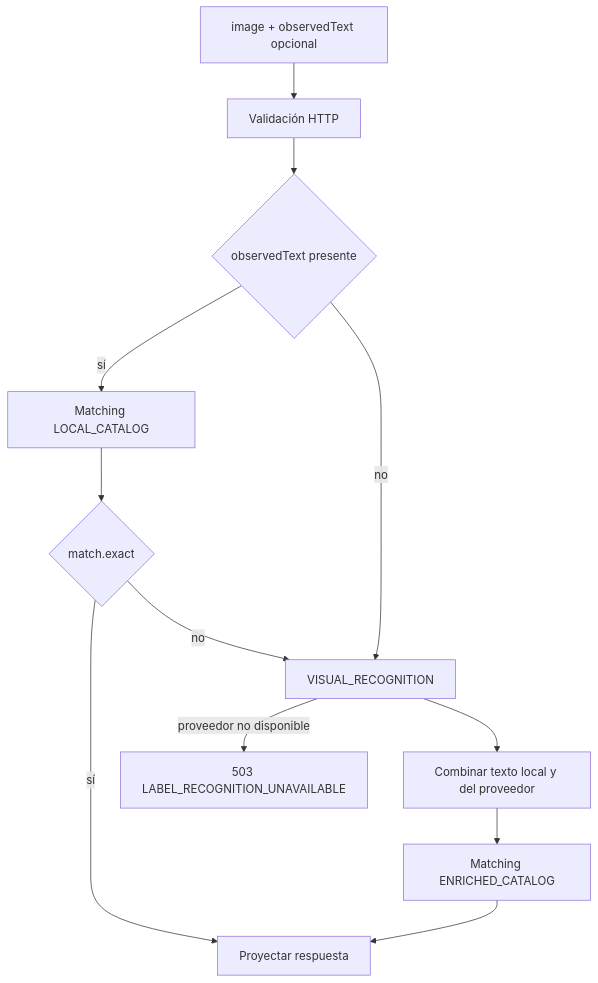
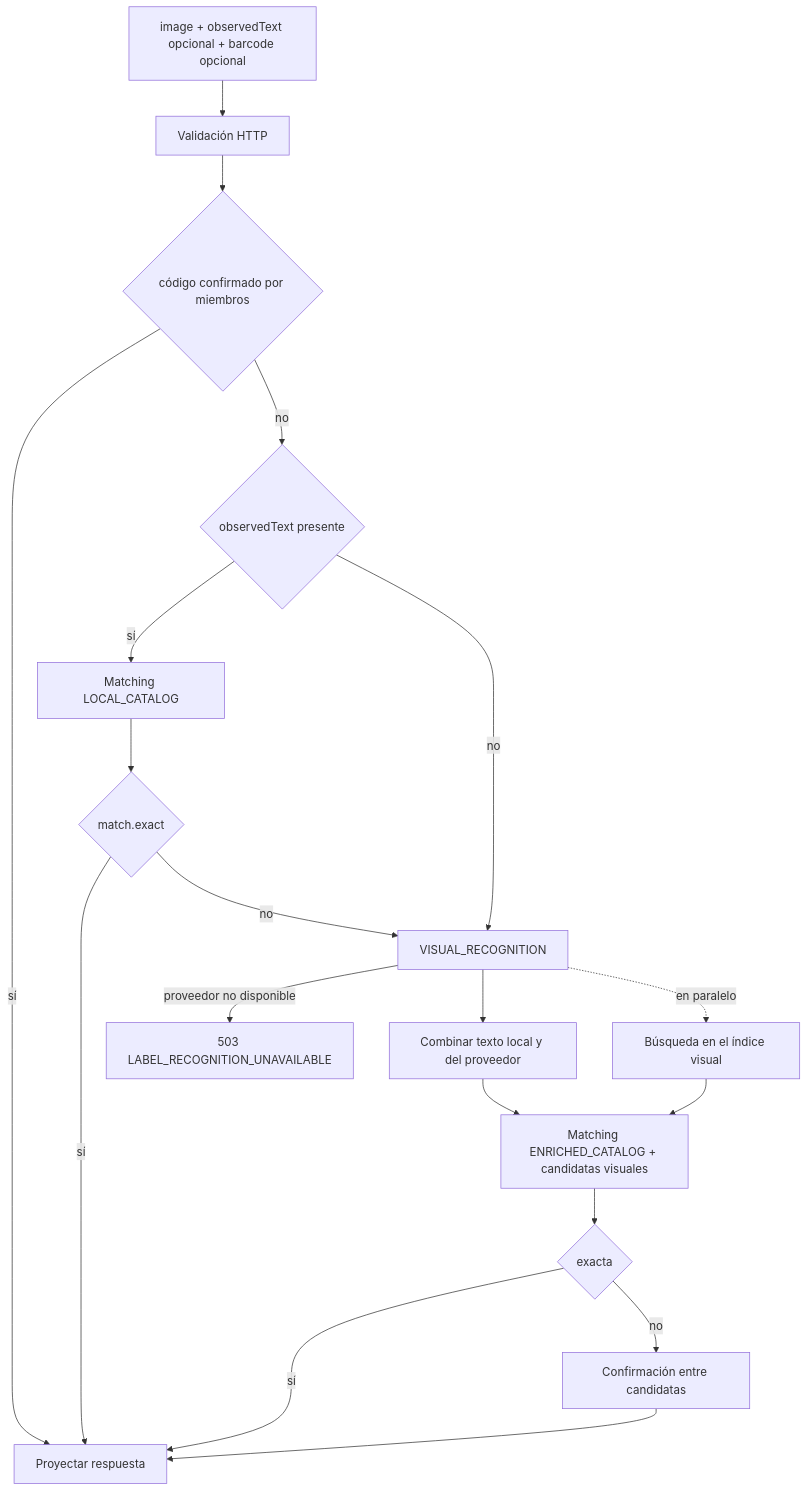
The fifth of 10 diagrams in docs/es/modules/wines/architecture.md (Bielaszczuk/vinnot-demo), drawn with Mermaid before and after one commit. The commit also changed other lines of this file and 218 other files, not shown here.

````diff
--- a/docs/es/modules/wines/architecture.md
+++ b/docs/es/modules/wines/architecture.md
@@ -200,14 +201,21 @@
 ```mermaid
 flowchart TD
-    HTTP["image + observedText opcional"] --> VALIDATE["Validación HTTP"]
-    VALIDATE --> OCR{"observedText presente"}
+    HTTP["image + observedText opcional + barcode opcional"] --> VALIDATE["Validación HTTP"]
+    VALIDATE --> BARCODE{"código confirmado por miembros"}
+    BARCODE -->|sí| RETURN
+    BARCODE -->|no| OCR{"observedText presente"}
     OCR -->|sí| LOCAL["Matching LOCAL_CATALOG"]
     LOCAL --> EXACT{"match.exact"}
     EXACT -->|sí| RETURN["Proyectar respuesta"]
     EXACT -->|no| VISION["VISUAL_RECOGNITION"]
     OCR -->|no| VISION
     VISION --> MERGE["Combinar texto local y del proveedor"]
-    MERGE --> CATALOG["Matching ENRICHED_CATALOG"]
-    CATALOG --> RETURN
+    VISION -.->|en paralelo| VISUAL["Búsqueda en el índice visual"]
+    MERGE --> CATALOG["Matching ENRICHED_CATALOG + candidatas visuales"]
+    VISUAL --> CATALOG
+    CATALOG --> VERIFY{"exacta"}
+    VERIFY -->|sí| RETURN
+    VERIFY -->|no| PICK["Confirmación entre candidatas"]
+    PICK --> RETURN
     VISION -->|proveedor no disponible| ERROR["503 LABEL_RECOGNITION_UNAVAILABLE"]
 ```
````
